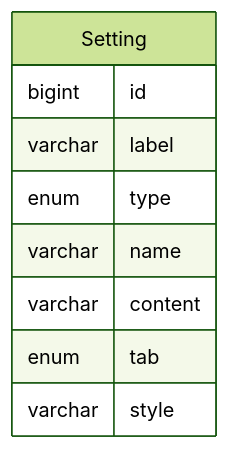
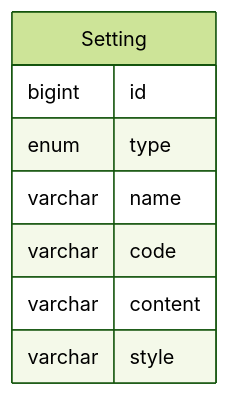
Before and after one commit to mrzhqiang/rowing: the diagram in docs/1.develop/1.5.setting.md, drawn with Mermaid (forest theme). The commit also changed other lines of this file and 10 other files, not shown here.

````diff
--- a/docs/1.develop/1.5.setting.md
+++ b/docs/1.develop/1.5.setting.md
@@ -24,12 +24,11 @@
 ```mermaid
 erDiagram
     Setting {
         bigint  id
-        varchar label
         enum    type
         varchar name
+        varchar code
         varchar content
-        enum    tab
         varchar style
     }
 ```
````
